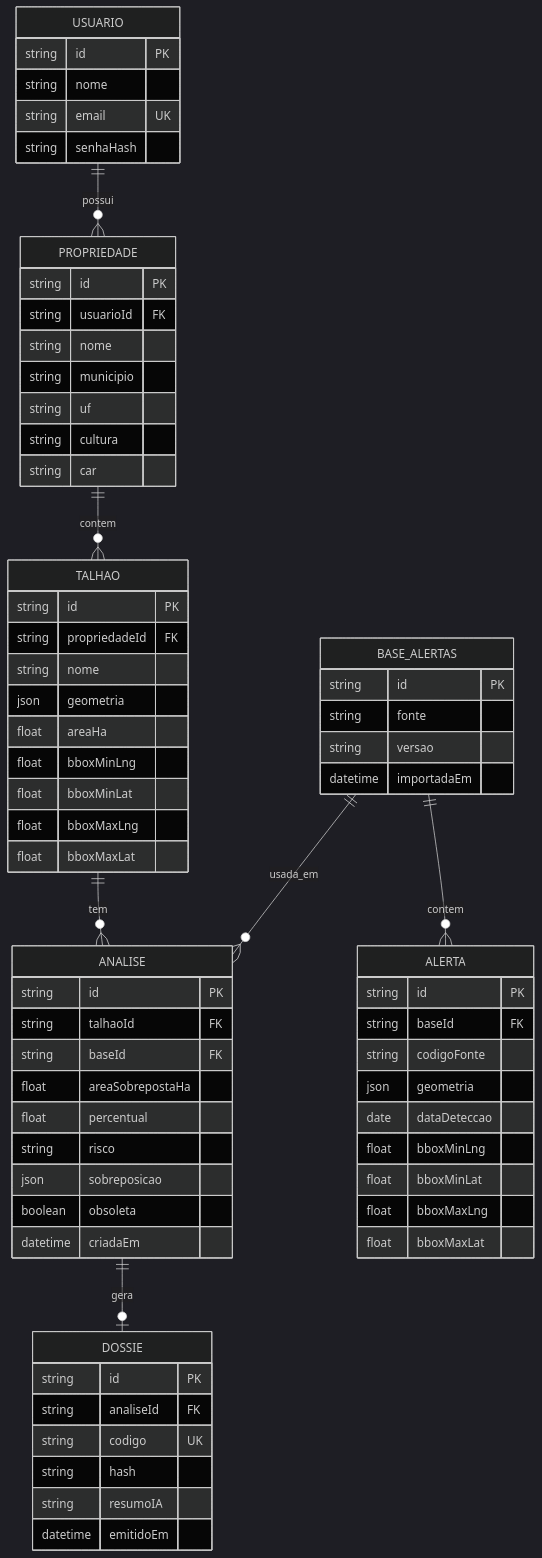
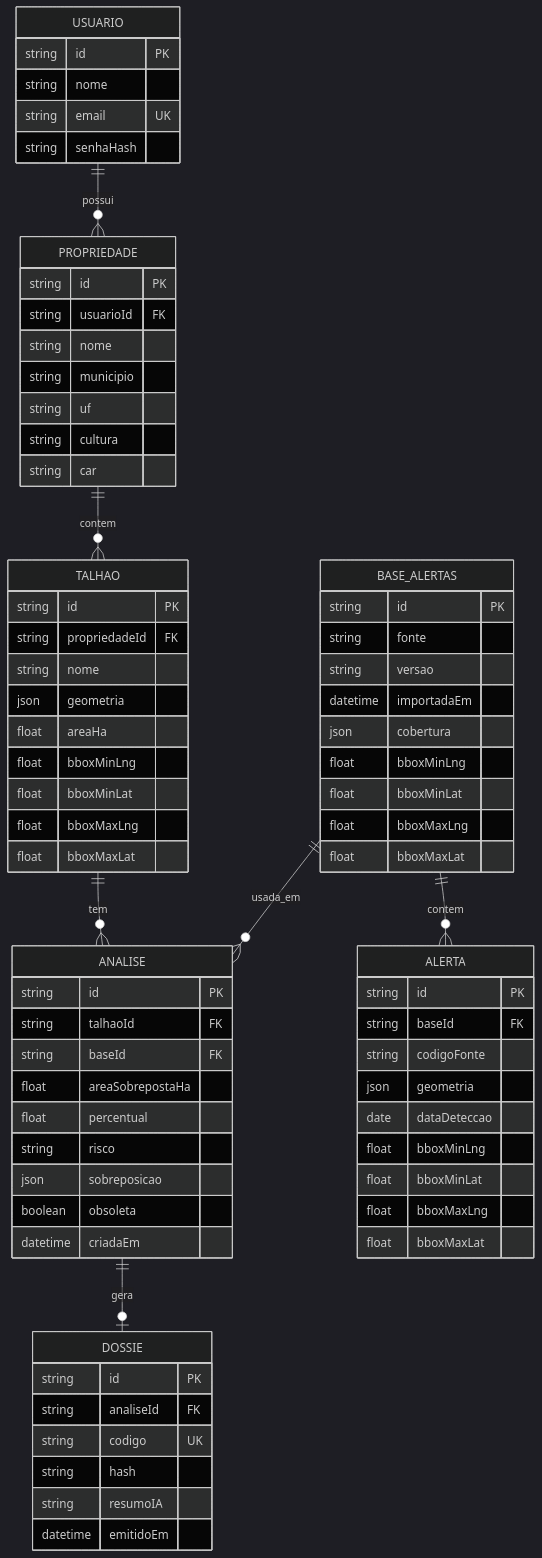
One commit to luizacoelh/RastroVerde changed the fourth of 5 diagrams in docs/04-arquitetura.md. Above: the diagram before and after it, drawn with Mermaid (dark theme). The commit also changed other lines of this file and 3 other files, not shown here.

````diff
--- a/docs/04-arquitetura.md
+++ b/docs/04-arquitetura.md
@@ -131,72 +131,77 @@
 ```mermaid
 erDiagram
   USUARIO ||--o{ PROPRIEDADE : possui
   PROPRIEDADE ||--o{ TALHAO : contem
   TALHAO ||--o{ ANALISE : tem
   ANALISE ||--o| DOSSIE : gera
   BASE_ALERTAS ||--o{ ALERTA : contem
   BASE_ALERTAS ||--o{ ANALISE : usada_em
 
   USUARIO {
     string id PK
     string nome
     string email UK
     string senhaHash
   }
   PROPRIEDADE {
     string id PK
     string usuarioId FK
     string nome
     string municipio
     string uf
     string cultura
     string car
   }
   TALHAO {
     string id PK
     string propriedadeId FK
     string nome
     json geometria
     float areaHa
     float bboxMinLng
     float bboxMinLat
     float bboxMaxLng
     float bboxMaxLat
   }
   ALERTA {
     string id PK
     string baseId FK
     string codigoFonte
     json geometria
     date dataDeteccao
     float bboxMinLng
     float bboxMinLat
     float bboxMaxLng
     float bboxMaxLat
   }
   BASE_ALERTAS {
     string id PK
     string fonte
     string versao
     datetime importadaEm
+    json cobertura
+    float bboxMinLng
+    float bboxMinLat
+    float bboxMaxLng
+    float bboxMaxLat
   }
   ANALISE {
     string id PK
     string talhaoId FK
     string baseId FK
     float areaSobrepostaHa
     float percentual
     string risco
     json sobreposicao
     boolean obsoleta
     datetime criadaEm
   }
   DOSSIE {
     string id PK
     string analiseId FK
     string codigo UK
     string hash
     string resumoIA
     datetime emitidoEm
   }
 ```
````
